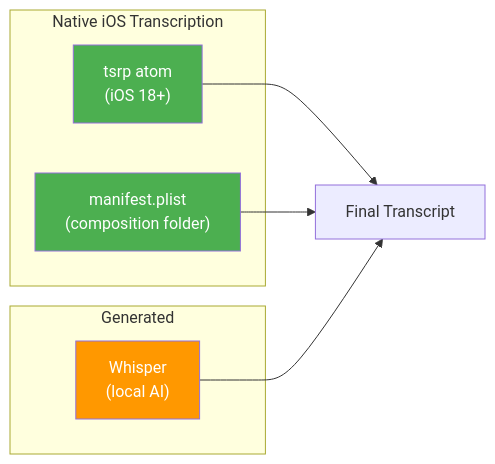
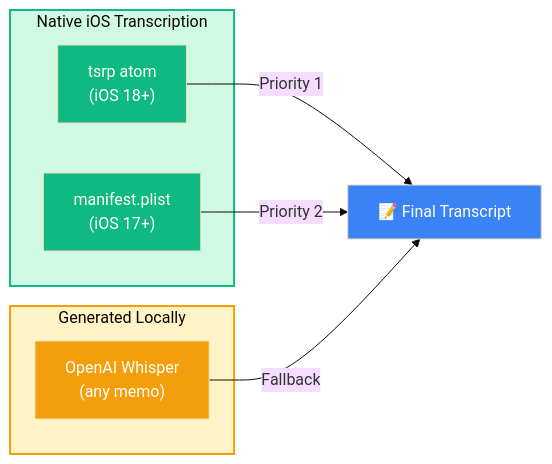
Before and after one commit to klappe-pm/vmea: the fifth of 5 diagrams in README.md, drawn with Mermaid. The commit also changed other lines of this file, not shown here.

First line of the commit message:
docs: Add summary, move diagrams to bottom, apply consistent color scheme

````diff
--- a/README.md
+++ b/README.md
@@ -412,19 +607,24 @@
 ```mermaid
+%%{init: {'theme': 'base'}}%%
 flowchart LR
     subgraph Native["Native iOS Transcription"]
-        TSRP["tsrp atom<br/>(iOS 18+)"] 
-        PLIST["manifest.plist<br/>(composition folder)"]
+        TSRP["tsrp atom<br/>(iOS 18+)"]
+        PLIST["manifest.plist<br/>(iOS 17+)"]
     end
     
-    subgraph Generated["Generated"]
-        WHISPER["Whisper<br/>(local AI)"]
+    subgraph Generated["Generated Locally"]
+        WHISPER["OpenAI Whisper<br/>(any memo)"]
     end
     
-    TSRP --> TRANSCRIPT[Final Transcript]
-    PLIST --> TRANSCRIPT
-    WHISPER --> TRANSCRIPT
+    TSRP -->|"Priority 1"| TRANSCRIPT
+    PLIST -->|"Priority 2"| TRANSCRIPT
+    WHISPER -->|"Fallback"| TRANSCRIPT
+    TRANSCRIPT["📝 Final Transcript"]
     
-    style TSRP fill:#4caf50,color:#fff
-    style PLIST fill:#4caf50,color:#fff  
-    style WHISPER fill:#ff9800,color:#fff
+    style Native fill:#d1fae5,stroke:#10b981,stroke-width:2px
+    style Generated fill:#fef3c7,stroke:#f59e0b,stroke-width:2px
+    style TSRP fill:#10b981,color:#fff
+    style PLIST fill:#10b981,color:#fff
+    style WHISPER fill:#f59e0b,color:#fff
+    style TRANSCRIPT fill:#3b82f6,color:#fff
 ```
````
